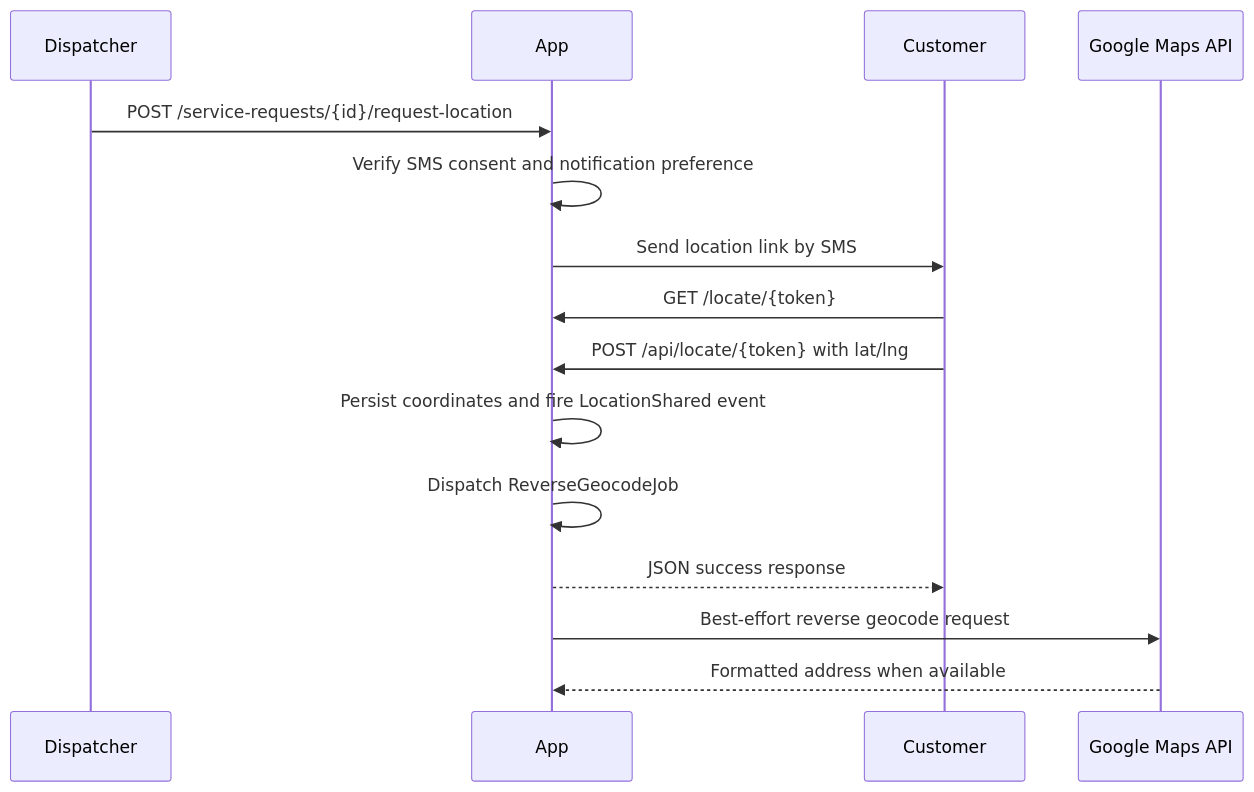
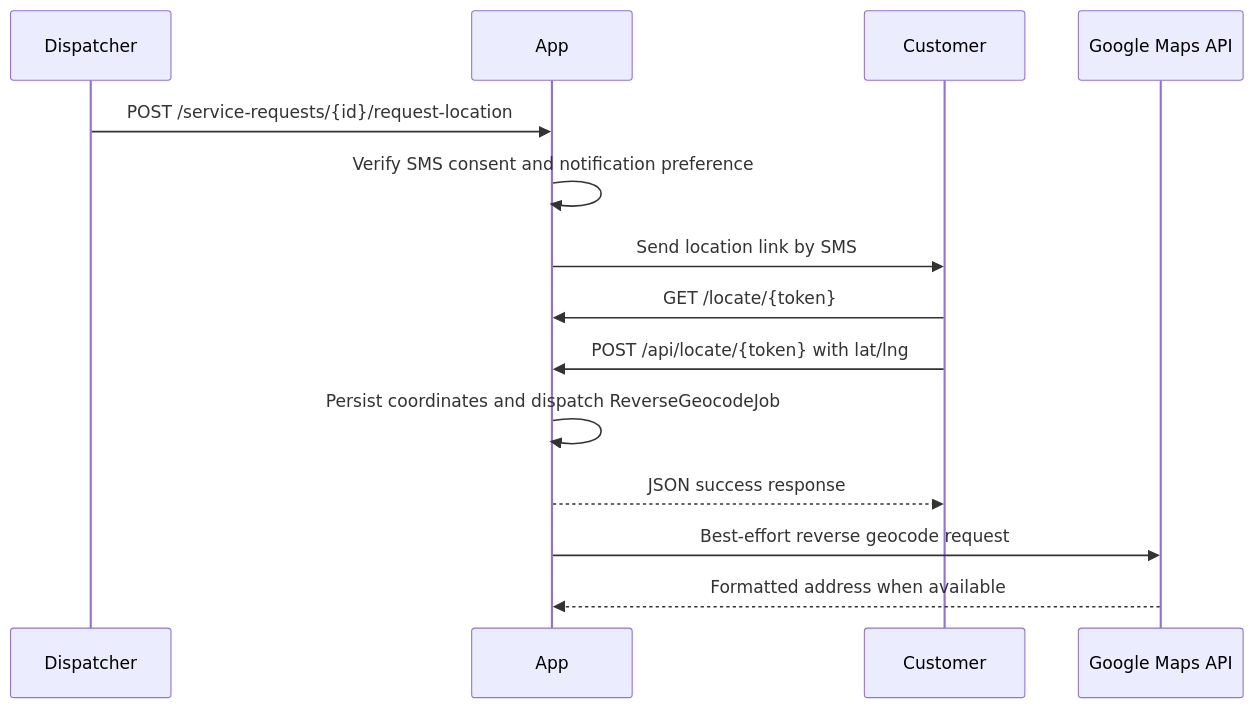
One commit to GenuineDickies/claude3 changed the third of 5 diagrams in docs/architecture.md. Above: the diagram before and after it, drawn with Mermaid. The commit also changed other lines of this file and 8 other files, not shown here.

````diff
--- a/docs/architecture.md
+++ b/docs/architecture.md
@@ -54,18 +89,17 @@
 ```mermaid
 sequenceDiagram
-    participant Dispatcher
-    participant App
-    participant Customer
-    participant Google as Google Maps API
+        participant Dispatcher
+        participant App
+        participant Customer
+        participant Google as Google Maps API
 
-    Dispatcher->>App: POST /service-requests/{id}/request-location
-    App->>App: Verify SMS consent and notification preference
-    App->>Customer: Send location link by SMS
-    Customer->>App: GET /locate/{token}
-    Customer->>App: POST /api/locate/{token} with lat/lng
-    App->>App: Persist coordinates and fire LocationShared event
-    App->>App: Dispatch ReverseGeocodeJob
-    App-->>Customer: JSON success response
-    App->>Google: Best-effort reverse geocode request
-    Google-->>App: Formatted address when available
+        Dispatcher->>App: POST /service-requests/{id}/request-location
+        App->>App: Verify SMS consent and notification preference
+        App->>Customer: Send location link by SMS
+        Customer->>App: GET /locate/{token}
+        Customer->>App: POST /api/locate/{token} with lat/lng
+        App->>App: Persist coordinates and dispatch ReverseGeocodeJob
+        App-->>Customer: JSON success response
+        App->>Google: Best-effort reverse geocode request
+        Google-->>App: Formatted address when available
 ```
````
